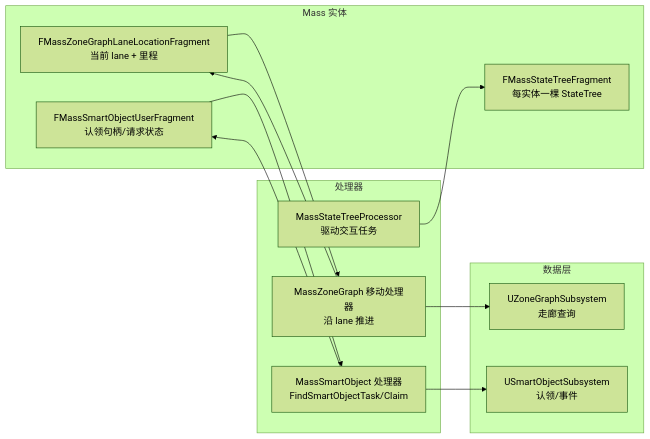
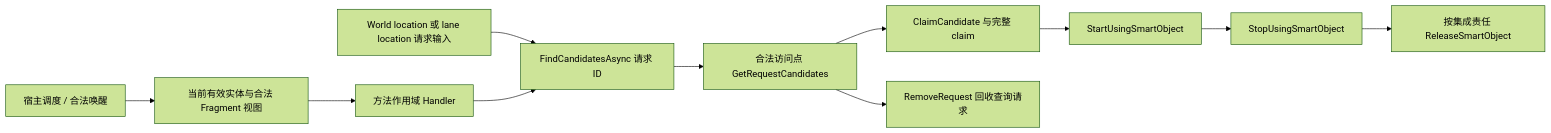
Before and after one commit to fantuan812/learning: the fourth of 4 diagrams in 知识/06-游戏AI/导航移动与群体协同/06-ZoneGraph与SmartObjects.md, drawn with Mermaid (forest theme). The commit also changed other lines of this file and 1 other file, not shown here.

Commit message:
docs: 纠正 ZoneGraph 查询与 SmartObject 交互生命周期

````diff
--- a/知识/06-游戏AI/导航移动与群体协同/06-ZoneGraph与SmartObjects.md
+++ b/知识/06-游戏AI/导航移动与群体协同/06-ZoneGraph与SmartObjects.md
@@ -254,24 +338,13 @@
 ```mermaid
 flowchart LR
-    subgraph Mass 实体
-        M1[FMassZoneGraphLaneLocationFragment<br/>当前 lane + 里程]
-        M2[FMassSmartObjectUserFragment<br/>认领句柄/请求状态]
-        M3[FMassStateTreeFragment<br/>每实体一棵 StateTree]
-    end
-    subgraph 数据层
-        Z[UZoneGraphSubsystem<br/>走廊查询]
-        S[USmartObjectSubsystem<br/>认领/事件]
-    end
-    subgraph 处理器
-        P1[MassZoneGraph 移动处理器<br/>沿 lane 推进]
-        P2[MassSmartObject 处理器<br/>FindSmartObjectTask/Claim]
-        P3[MassStateTreeProcessor<br/>驱动交互任务]
-    end
-    P1 --> Z
-    P2 --> S
-    P2 --> M2
-    P1 --> M1
-    P3 --> M3
-    M1 --> P1
-    M2 --> P2
+    E[当前有效实体与合法 Fragment 视图] --> H[方法作用域 Handler]
+    L[World location 或 lane location 请求输入] --> Q[FindCandidatesAsync 请求 ID]
+    H --> Q
+    Q --> G[合法访问点 GetRequestCandidates]
+    G --> C[ClaimCandidate 与完整 claim]
+    G --> R[RemoveRequest 回收查询请求]
+    C --> U[StartUsingSmartObject]
+    U --> S[StopUsingSmartObject]
+    S --> F[按集成责任 ReleaseSmartObject]
+    N[宿主调度 / 合法唤醒] --> E
 ```
````
